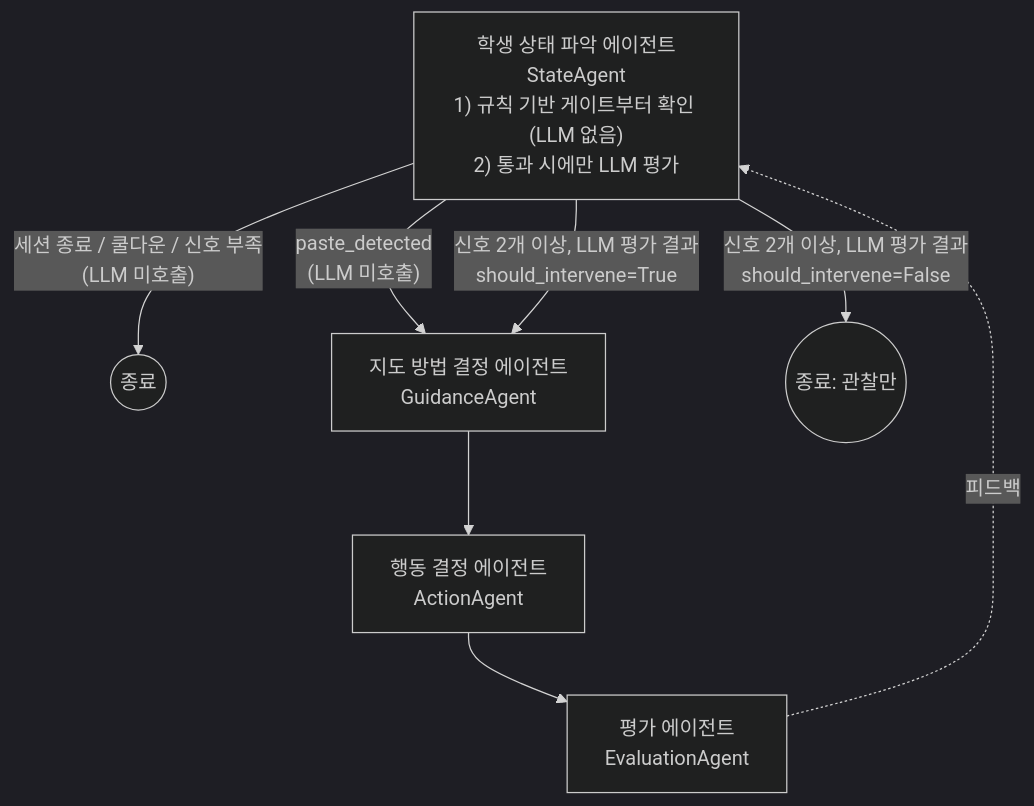
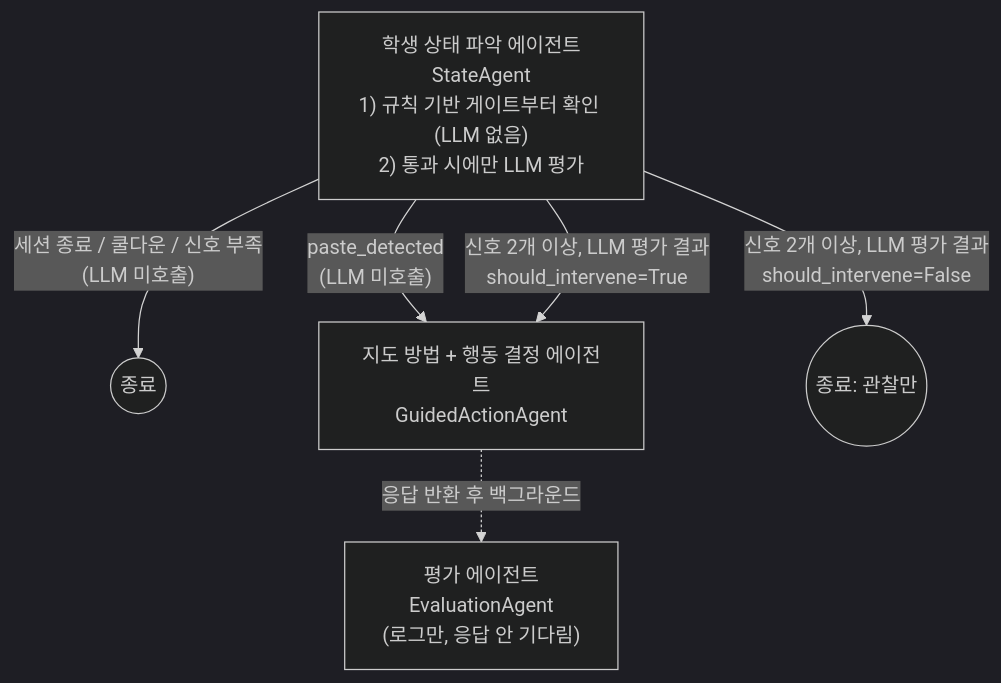
The diagram in agent/README.md (nxtcloud-edu/2026_KNUxKU_summer_camp_team04), drawn with Mermaid (dark theme) before and after one commit. The commit also changed other lines of this file and 10 other files, not shown here.

First line of the commit message:
perf(agent): guidance+action LLM 호출 병합 + evaluation 백그라운드화로 지연시간 절반 축소

````diff
--- a/agent/README.md
+++ b/agent/README.md
@@ -47,11 +47,9 @@
 ```mermaid
 flowchart TD
     B["학생 상태 파악 에이전트<br/>StateAgent<br/>1) 규칙 기반 게이트부터 확인 (LLM 없음)<br/>2) 통과 시에만 LLM 평가"]
     B -->|"세션 종료 / 쿨다운 / 신호 부족<br/>(LLM 미호출)"| STOP1((종료))
     B -->|"paste_detected<br/>(LLM 미호출)"| C
     B -->|"신호 2개 이상, LLM 평가 결과<br/>should_intervene=False"| STOP2((종료: 관찰만))
-    B -->|"신호 2개 이상, LLM 평가 결과<br/>should_intervene=True"| C["지도 방법 결정 에이전트<br/>GuidanceAgent"]
-    C --> D["행동 결정 에이전트<br/>ActionAgent"]
-    D --> E["평가 에이전트<br/>EvaluationAgent"]
-    E -.피드백.-> B
+    B -->|"신호 2개 이상, LLM 평가 결과<br/>should_intervene=True"| C["지도 방법 + 행동 결정 에이전트<br/>GuidedActionAgent"]
+    C -.응답 반환 후 백그라운드.-> F["평가 에이전트<br/>EvaluationAgent<br/>(로그만, 응답 안 기다림)"]
 ```
````
